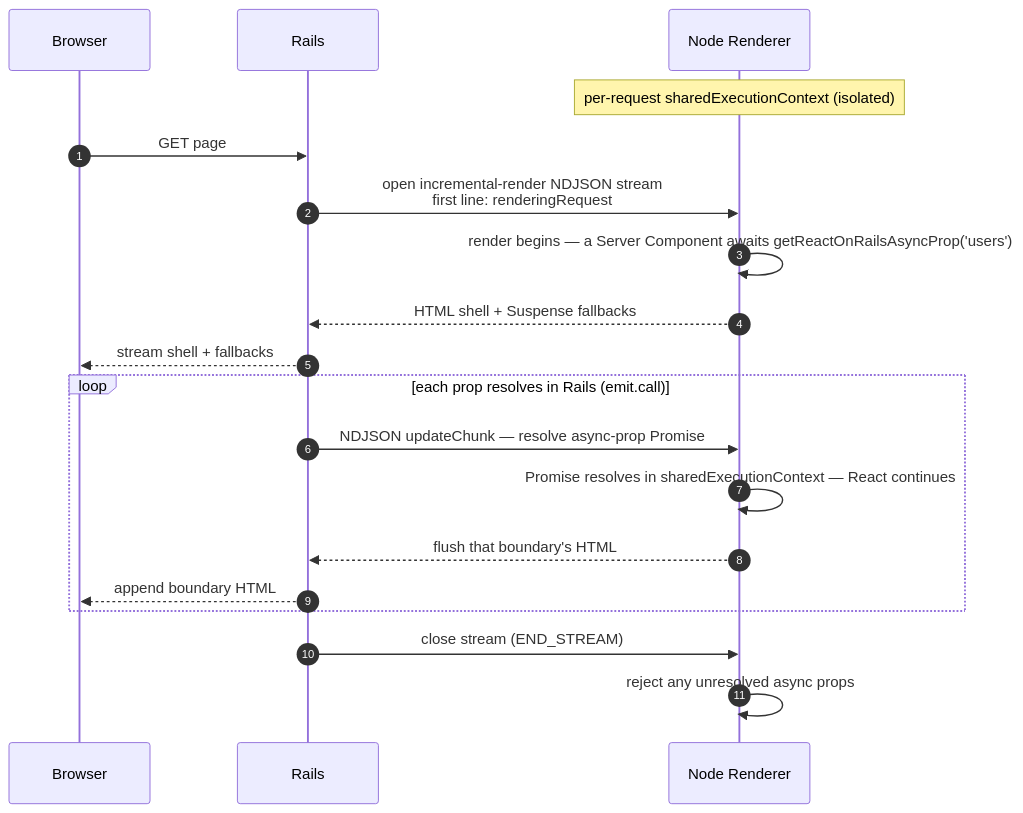
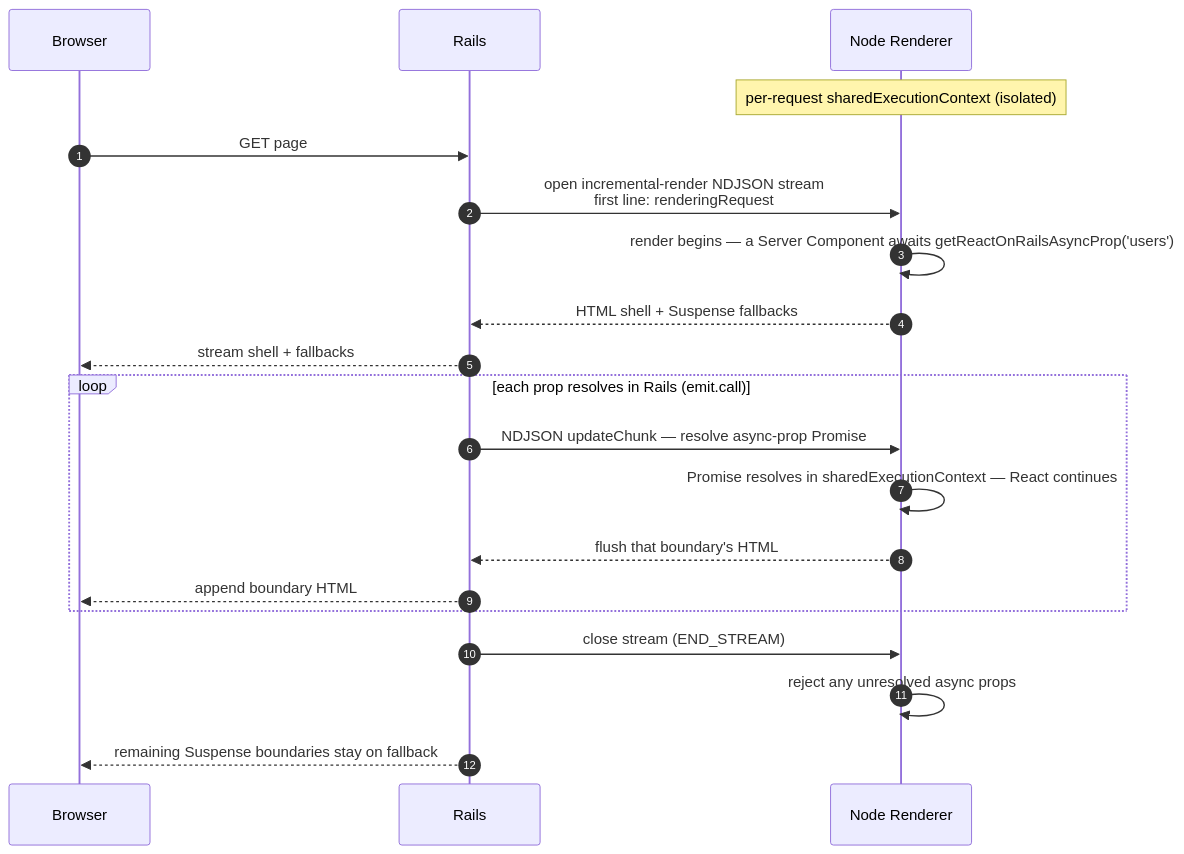
The second of 3 diagrams in docs/pro/streaming-ssr.md (shakacode/react_on_rails), drawn with Mermaid before and after one commit. The commit also changed other lines of this file and 1 other file, not shown here.

Commit message:
Clarify async props and cold cache docs

````diff
--- a/docs/pro/streaming-ssr.md
+++ b/docs/pro/streaming-ssr.md
@@ -60,21 +60,22 @@
 ```mermaid
 sequenceDiagram
     autonumber
     participant Browser
     participant Rails
     participant Renderer as Node Renderer
     Note over Renderer: per-request sharedExecutionContext (isolated)
     Browser->>Rails: GET page
     Rails->>Renderer: open incremental-render NDJSON stream<br/>first line: renderingRequest
     Renderer->>Renderer: render begins — a Server Component awaits getReactOnRailsAsyncProp('users')
     Renderer-->>Rails: HTML shell + Suspense fallbacks
     Rails-->>Browser: stream shell + fallbacks
     loop each prop resolves in Rails (emit.call)
         Rails->>Renderer: NDJSON updateChunk — resolve async-prop Promise
         Renderer->>Renderer: Promise resolves in sharedExecutionContext — React continues
         Renderer-->>Rails: flush that boundary's HTML
         Rails-->>Browser: append boundary HTML
     end
     Rails->>Renderer: close stream (END_STREAM)
     Renderer->>Renderer: reject any unresolved async props
+    Rails-->>Browser: remaining Suspense boundaries stay on fallback
 ```
````
